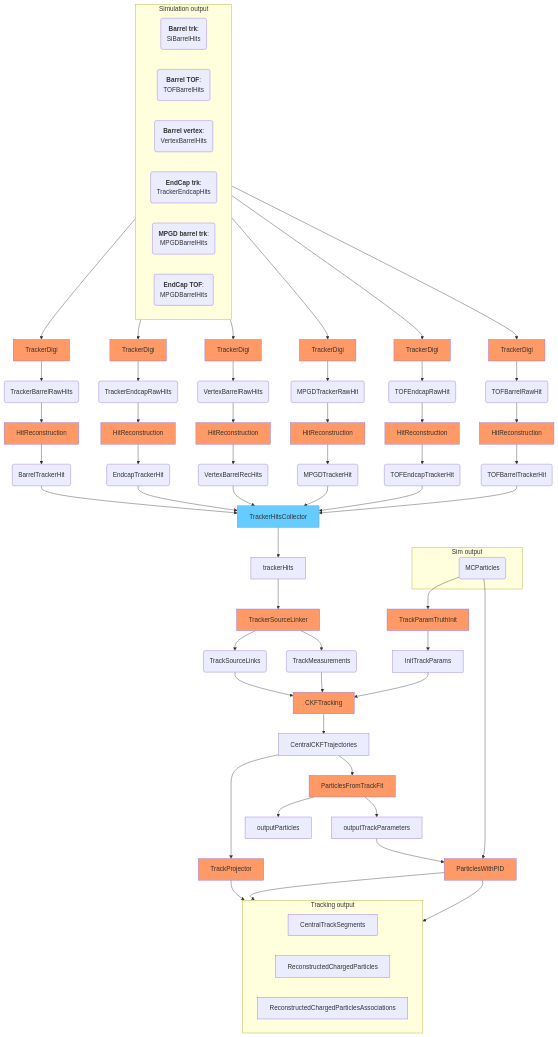
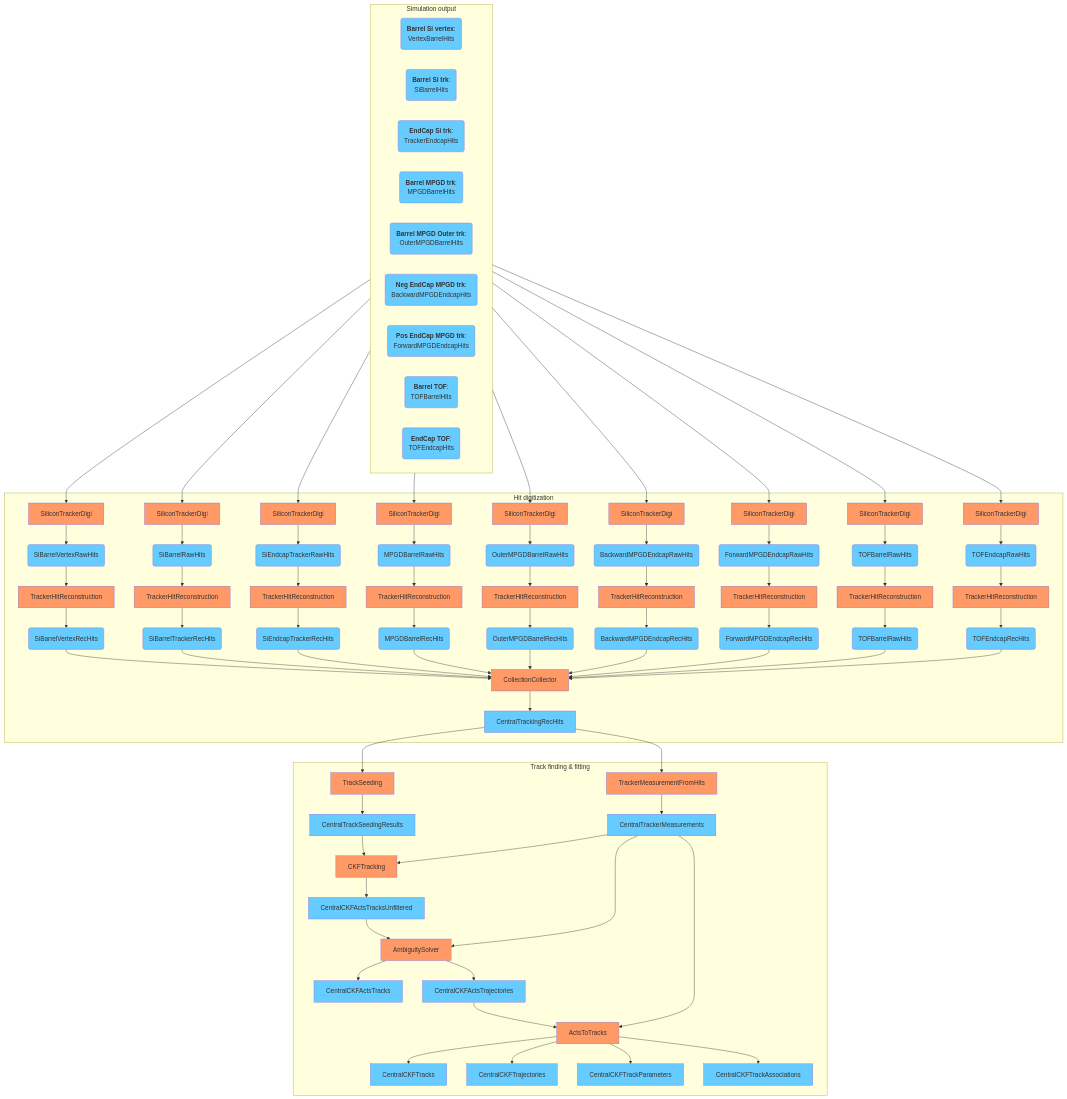
Before and after one commit to eic/EICrecon: the second of 4 diagrams in docs/design/tracking.md, drawn with Mermaid. The commit also changed other lines of this file, not shown here.

First line of the commit message:
Update track reconstruction documentation (#1987)

````diff
--- a/docs/design/tracking.md
+++ b/docs/design/tracking.md
@@ -56,95 +48,103 @@
   subgraph Simulation output
     direction LR
 
-    BTRKSimHits(<strong>Barrel trk</strong>:<br/>SiBarrelHits)
-    BTOFSimHits(<strong>Barrel TOF</strong>:<br/>TOFBarrelHits)
-    BVTXSimHits(<strong>Barrel vertex</strong>:<br/>VertexBarrelHits)
-    ECTRKSimHits(<strong>EndCap trk</strong>:<br/>TrackerEndcapHits)
-    MPGDSimHits(<strong>MPGD barrel trk</strong>:<br/>MPGDBarrelHits)
-    ECTOFSimHits(<strong>EndCap TOF</strong>:<br/>MPGDBarrelHits)
+    BVTXSimHits(<strong>Barrel Si vertex</strong>:<br/>VertexBarrelHits):::col
+    BTRKSimHits(<strong>Barrel Si trk</strong>:<br/>SiBarrelHits):::col
+    ECTRKSimHits(<strong>EndCap Si trk</strong>:<br/>TrackerEndcapHits):::col
+    BMPGDSimHits(<strong>Barrel MPGD trk</strong>:<br/>MPGDBarrelHits):::col
+    OBMPGDSimHits(<strong>Barrel MPGD Outer trk</strong>:<br/>OuterMPGDBarrelHits):::col
+    ECNMPGDSimHits(<strong>Neg EndCap MPGD trk</strong>:<br/>BackwardMPGDEndcapHits):::col
+    ECPMPGDSimHits(<strong>Pos EndCap MPGD trk</strong>:<br/>ForwardMPGDEndcapHits):::col
+    BTOFSimHits(<strong>Barrel TOF</strong>:<br/>TOFBarrelHits):::col
+    ECTOFSimHits(<strong>EndCap TOF</strong>:<br/>TOFEndcapHits):::col
   end
 
-  BTOFSimHits --> BTOFTrackerDigi[TrackerDigi]:::alg
-  BTOFTrackerDigi --> BTOFRawHits(TOFBarrelRawHit)
-  BTOFRawHits --> BTOFHitReconstruction[HitReconstruction]:::alg
-  BTOFHitReconstruction --> BTOFRecHits(TOFBarrelTrackerHit)
+  subgraph Hit digitization
+    BVTXSimHits --> TrackerDigi1[SiliconTrackerDigi]:::alg
+    TrackerDigi1 --> VertexBarrelRawHits(SiBarrelVertexRawHits):::col
+    VertexBarrelRawHits --> TrackerHitReconstruction1[TrackerHitReconstruction]:::alg
+    TrackerHitReconstruction1 --> VertexBarrelRecHits(SiBarrelVertexRecHits):::col
 
-  ECTOFSimHits --> ECTOFTrackerDigi[TrackerDigi]:::alg
-  ECTOFTrackerDigi --> ECTOFRawHits(TOFEndcapRawHit)
-  ECTOFRawHits --> ECTOFHitReconstruction[HitReconstruction]:::alg
-  ECTOFHitReconstruction --> ECTOFRecHits(TOFEndcapTrackerHit)
+    BTRKSimHits -->  TrackerDigi2[SiliconTrackerDigi]:::alg
+    TrackerDigi2 --> TrackerBarrelRawHits(SiBarrelRawHits):::col
+    TrackerBarrelRawHits --> TrackerHitReconstruction2[TrackerHitReconstruction]:::alg
+    TrackerHitReconstruction2 --> TrackerBarrelRecHits(SiBarrelTrackerRecHits):::col
 
-  ECTRKSimHits -->  TrackerDigi2[TrackerDigi]:::alg
-  TrackerDigi2 --> TrackerEndcapRawHits(TrackerEndcapRawHits)
-  TrackerEndcapRawHits --> TrackerHitReconstruction2[HitReconstruction]:::alg
-  TrackerHitReconstruction2 --> TrackerEndcapRecHits(EndcapTrackerHit)
+    ECTRKSimHits -->  TrackerDigi3[SiliconTrackerDigi]:::alg
+    TrackerDigi3 --> TrackerEndcapRawHits(SiEndcapTrackerRawHits):::col
+    TrackerEndcapRawHits --> TrackerHitReconstruction3[TrackerHitReconstruction]:::alg
+    TrackerHitReconstruction3 --> TrackerEndcapRecHits(SiEndcapTrackerRecHits):::col
 
+    BMPGDSimHits -->   MPGDTrackerBarrelDigi[SiliconTrackerDigi]:::alg
+    MPGDTrackerBarrelDigi --> MPGDTrackerBarrelRawHits(MPGDBarrelRawHits):::col
+    MPGDTrackerBarrelRawHits --> MPGDTrackerBarrelReconstruction[TrackerHitReconstruction]:::alg
+    MPGDTrackerBarrelReconstruction --> MPGDTrackerBarrelRecHits(MPGDBarrelRecHits):::col
 
-  BTRKSimHits -->  TrackerDigi[TrackerDigi]:::alg
-  TrackerDigi --> TrackerBarrelRawHits(TrackerBarrelRawHits)
-  TrackerBarrelRawHits --> TrackerHitReconstruction[HitReconstruction]:::alg
-  TrackerHitReconstruction --> TrackerBarrelRecHits(BarrelTrackerHit)
+    OBMPGDSimHits -->   MPGDTrackerOutBarrelDigi[SiliconTrackerDigi]:::alg
+    MPGDTrackerOutBarrelDigi --> MPGDTrackerOutBarrelRawHits(OuterMPGDBarrelRawHits):::col
+    MPGDTrackerOutBarrelRawHits --> MPGDTrackerOutBarrelReconstruction[TrackerHitReconstruction]:::alg
+    MPGDTrackerOutBarrelReconstruction --> MPGDTrackerOutBarrelRecHits(OuterMPGDBarrelRecHits):::col
 
-  MPGDSimHits -->   TrackerDigi4[TrackerDigi]:::alg
-  TrackerDigi4 --> MPGDTrackerBarrelRawHits(MPGDTrackerRawHit)
-  MPGDTrackerBarrelRawHits --> TrackerHitReconstruction4[HitReconstruction]:::alg
-  TrackerHitReconstruction4 --> MPGDTrackerBarrelRecHits(MPGDTrackerHit)
+    ECNMPGDSimHits -->   MPGDTrackerECNDigi[SiliconTrackerDigi]:::alg
+    MPGDTrackerECNDigi --> MPGDTrackerECNRawHits(BackwardMPGDEndcapRawHits):::col
+    MPGDTrackerECNRawHits --> MPGDTrackerECNReconstruction[TrackerHitReconstruction]:::alg
+    MPGDTrackerECNReconstruction --> MPGDTrackerECNRecHits(BackwardMPGDEndcapRecHits):::col
 
+    ECPMPGDSimHits -->   MPGDTrackerECPDigi[SiliconTrackerDigi]:::alg
+    MPGDTrackerECPDigi --> MPGDTrackerECPRawHits(ForwardMPGDEndcapRawHits):::col
+    MPGDTrackerECPRawHits --> MPGDTrackerECPReconstruction[TrackerHitReconstruction]:::alg
+    MPGDTrackerECPReconstruction --> MPGDTrackerECPRecHits(ForwardMPGDEndcapRecHits):::col
 
-  BVTXSimHits --> TrackerDigi3[TrackerDigi]:::alg
-  TrackerDigi3 --> VertexBarrelRawHits(VertexBarrelRawHits)
-  VertexBarrelRawHits --> TrackerHitReconstruction3[HitReconstruction]:::alg
-  TrackerHitReconstruction3 --> VertexBarrelRecHits(VertexBarrelRecHits)
+    BTOFSimHits --> BTOFTrackerDigi[SiliconTrackerDigi]:::alg
+    BTOFTrackerDigi --> BTOFRawHits(TOFBarrelRawHits):::col
+    BTOFRawHits --> BTOFHitReconstruction[TrackerHitReconstruction]:::alg
+    BTOFHitReconstruction --> BTOFRecHits(TOFBarrelRawHits):::col
 
-  TrackerHitsCollector[TrackerHitsCollector]:::col
+    ECTOFSimHits --> ECTOFTrackerDigi[SiliconTrackerDigi]:::alg
+    ECTOFTrackerDigi --> ECTOFRawHits(TOFEndcapRawHits):::col
+    ECTOFRawHits --> ECTOFHitReconstruction[TrackerHitReconstruction]:::alg
+    ECTOFHitReconstruction --> ECTOFRecHits(TOFEndcapRecHits):::col
 
-  TrackerBarrelRecHits --> TrackerHitsCollector
-  TrackerEndcapRecHits --> TrackerHitsCollector
-  VertexBarrelRecHits --> TrackerHitsCollector
-  MPGDTrackerBarrelRecHits --> TrackerHitsCollector
-  ECTOFRecHits --> TrackerHitsCollector
-  BTOFRecHits --> TrackerHitsCollector
+    TrackerHitsCollector[CollectionCollector]:::alg
 
+    VertexBarrelRecHits --> TrackerHitsCollector
+    TrackerBarrelRecHits --> TrackerHitsCollector
+    TrackerEndcapRecHits --> TrackerHitsCollector
+    MPGDTrackerBarrelRecHits --> TrackerHitsCollector
+    MPGDTrackerOutBarrelRecHits --> TrackerHitsCollector
+    MPGDTrackerECNRecHits --> TrackerHitsCollector
+    MPGDTrackerECPRecHits --> TrackerHitsCollector
+    BTOFRecHits --> TrackerHitsCollector
+    ECTOFRecHits --> TrackerHitsCollector
 
-  TrackerHitsCollector --> trackerHits
-  trackerHits --> TrackerSourceLinker[TrackerSourceLinker]:::alg
-
-  TrackerSourceLinker --> TrackSourceLinks(TrackSourceLinks)
-  TrackerSourceLinker --> TrackMeasurements(TrackMeasurements)
-
-  subgraph Sim output
-    MCParticles(MCParticles)
+    TrackerHitsCollector --> CentralTrackingRecHits:::col
   end
 
-  MCParticles --> TrackParamTruthInit[TrackParamTruthInit]:::alg
-  TrackParamTruthInit --> InitTrackParams
+  subgraph Track finding & fitting
+    CentralTrackingRecHits --> TrackerHitsConverter[TrackerMeasurementFromHits]:::alg
+    TrackerHitsConverter --> TrackerHitsOnSurface[CentralTrackerMeasurements]:::col
 
-  TrackSourceLinks --> CKFTracking[CKFTracking]:::alg
-  TrackMeasurements --> CKFTracking
-  InitTrackParams --> CKFTracking
-  CKFTracking --> CentralCKFTrajectories
+    TrackSeeding --> SeedParameters[CentralTrackSeedingResults]:::col
+    CentralTrackingRecHits --> TrackSeeding[TrackSeeding]:::alg
 
-  CentralCKFTrajectories --> ParticlesFromTrackFit[ParticlesFromTrackFit]:::alg
-  ParticlesFromTrackFit --> outputTrackParameters
-  ParticlesFromTrackFit --> outputParticles
+    CKFTracking:::alg
+    SeedParameters --> CKFTracking
+    TrackerHitsOnSurface --> CKFTracking
+    CKFTracking --> UnfilteredActsTracks[CentralCKFActsTracksUnfiltered]:::col
 
+    AmbiguitySolver:::alg
+    UnfilteredActsTracks --> AmbiguitySolver
+    TrackerHitsOnSurface --> AmbiguitySolver
+    AmbiguitySolver --> CentralCKFActsTracks:::col
+    AmbiguitySolver --> CentralCKFActsTrajectories:::col
 
-      CentralCKFTrajectories --> TrackProjector[TrackProjector]:::alg
-  TrackProjector --> CentralTrackSegments
-
-  outputTrackParameters --> ParticlesWithPID[ParticlesWithPID]:::alg
-  MCParticles --> ParticlesWithPID
-  ParticlesWithPID --> ReconstructedChargedParticles
-  ParticlesWithPID --> ReconstructedChargedParticlesAssociations
-
-
-
-  subgraph Tracking output
-    direction LR
-    CentralTrackSegments
-    ReconstructedChargedParticles
-    ReconstructedChargedParticlesAssociations
-
+    ActsToTracks:::alg
+    CentralCKFActsTrajectories --> ActsToTracks
+    TrackerHitsOnSurface --> ActsToTracks
+    ActsToTracks --> CentralCKFTracks:::col
+    ActsToTracks --> CentralCKFTrajectories:::col
+    ActsToTracks --> CentralCKFTrackParameters:::col
+    ActsToTracks --> CentralCKFTrackAssociations:::col
   end
 
 ```
````
